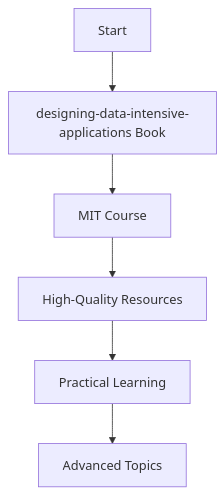
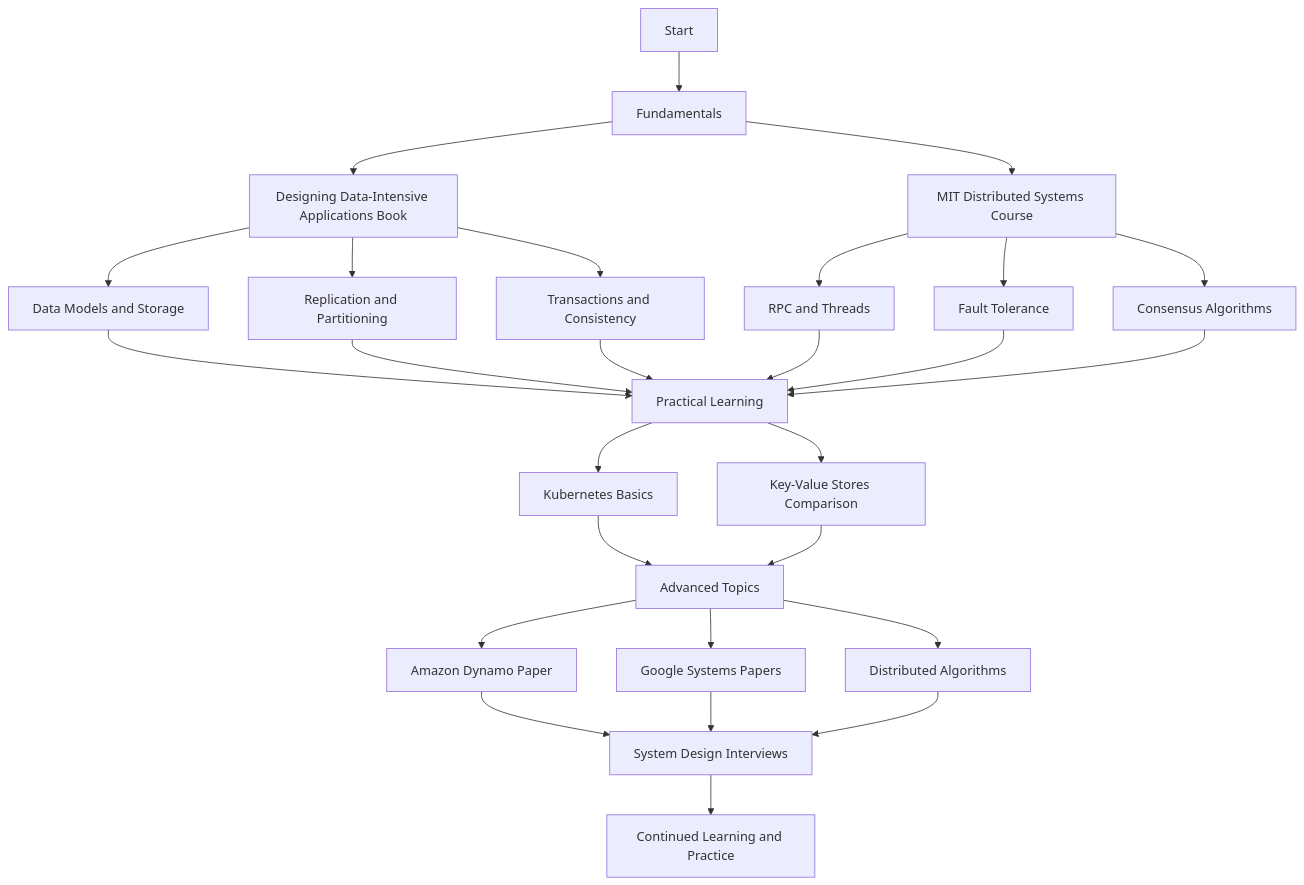
The diagram in README.md (basilysf1709/distributed-systems), drawn with Mermaid before and after one commit.

````diff
--- a/README.md
+++ b/README.md
@@ -61,8 +61,37 @@
 ```mermaid
 graph TD
-    A[Start] --> B[designing-data-intensive-applications Book]
-    B --> C[MIT Course]
-    C --> D[High-Quality Resources]
-    D --> E[Practical Learning]
-    E --> F[Advanced Topics]
+    A[Start] --> B[Fundamentals]
+    B --> C[Designing Data-Intensive Applications Book]
+    B --> D[MIT Distributed Systems Course]
+    
+    C --> E[Data Models and Storage]
+    C --> F[Replication and Partitioning]
+    C --> G[Transactions and Consistency]
+    
+    D --> H[RPC and Threads]
+    D --> I[Fault Tolerance]
+    D --> J[Consensus Algorithms]
+    
+    E --> K[Practical Learning]
+    F --> K
+    G --> K
+    H --> K
+    I --> K
+    J --> K
+    
+    K --> L[Kubernetes Basics]
+    K --> M[Key-Value Stores Comparison]
+    
+    L --> N[Advanced Topics]
+    M --> N
+    
+    N --> O[Amazon Dynamo Paper]
+    N --> P[Google Systems Papers]
+    N --> Q[Distributed Algorithms]
+    
+    O --> R[System Design Interviews]
+    P --> R
+    Q --> R
+    
+    R --> S[Continued Learning and Practice]
 ```
````
